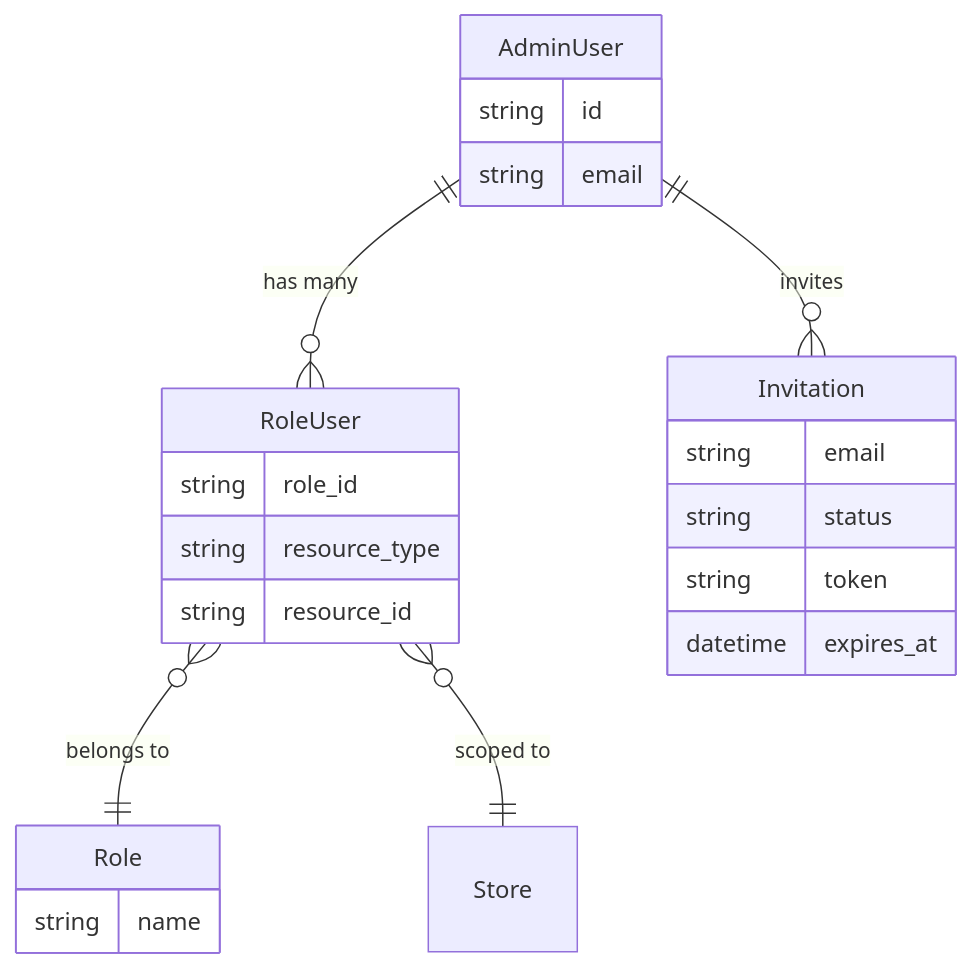
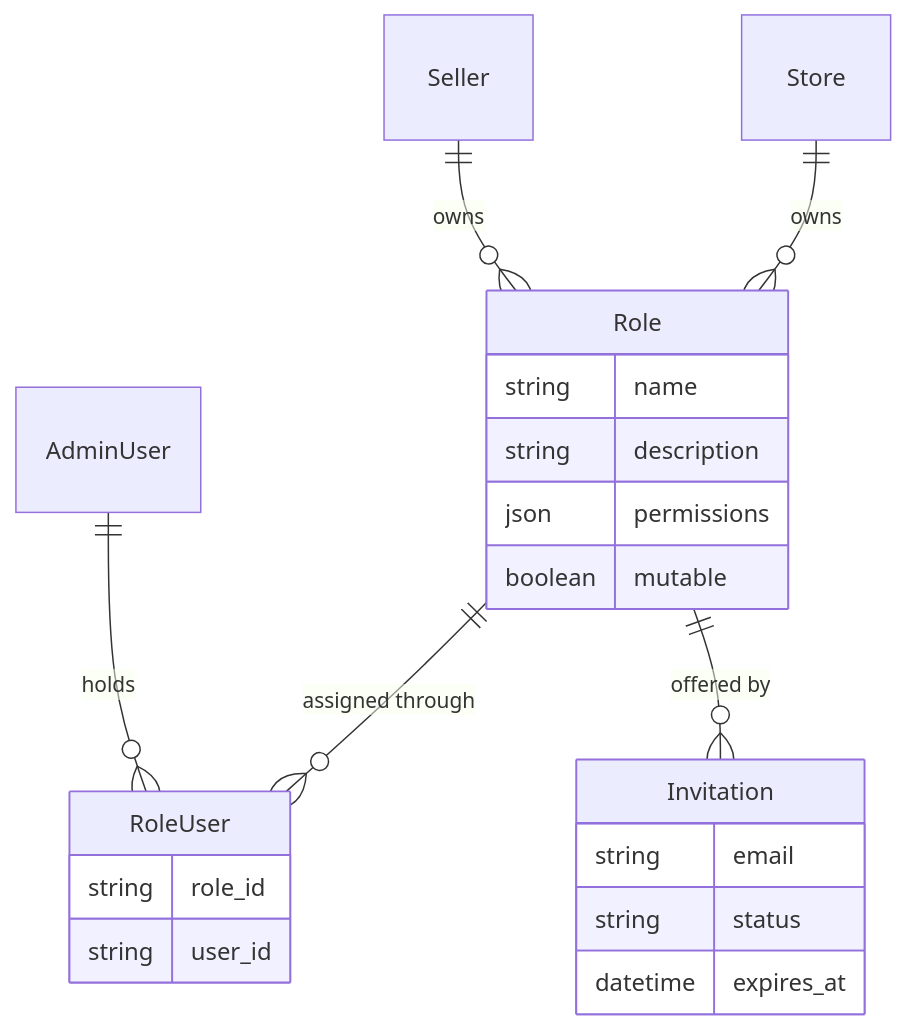
The first of 3 diagrams in docs/developer/core-concepts/staff-roles.mdx (spree/spree), drawn with Mermaid before and after one commit. The commit also changed other lines of this file and 17 other files, not shown here.

````diff
--- a/docs/developer/core-concepts/staff-roles.mdx
+++ b/docs/developer/core-concepts/staff-roles.mdx
@@ -10,29 +10,24 @@
 ```mermaid
 erDiagram
-    AdminUser ||--o{ RoleUser : "has many"
-    RoleUser }o--|| Role : "belongs to"
-    RoleUser }o--|| Store : "scoped to"
-    AdminUser ||--o{ Invitation : "invites"
-
-    AdminUser {
-        string id
-        string email
-    }
-
-    RoleUser {
-        string role_id
-        string resource_type
-        string resource_id
-    }
+    Store ||--o{ Role : "owns"
+    Seller ||--o{ Role : "owns"
+    Role ||--o{ RoleUser : "assigned through"
+    AdminUser ||--o{ RoleUser : "holds"
+    Role ||--o{ Invitation : "offered by"
 
     Role {
         string name
+        string description
+        json permissions
+        boolean mutable
     }
-
+    RoleUser {
+        string role_id
+        string user_id
+    }
     Invitation {
         string email
         string status
-        string token
         datetime expires_at
     }
 ```
````
